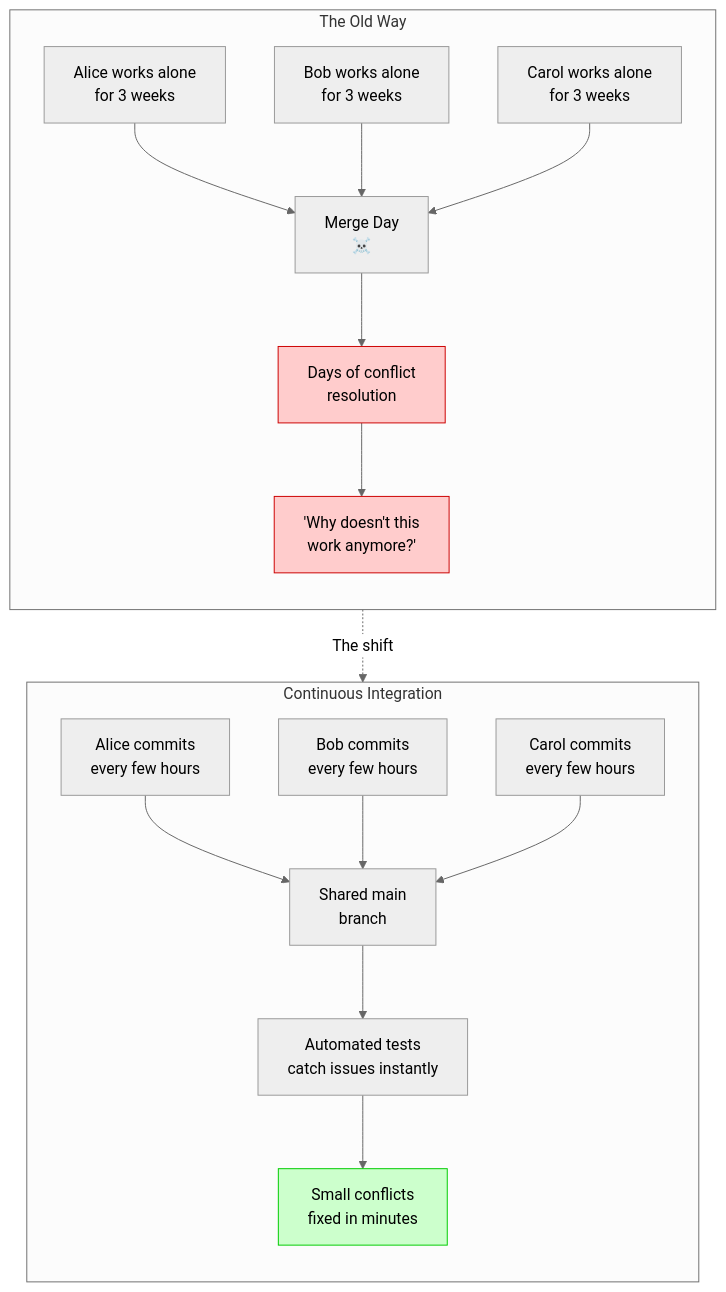
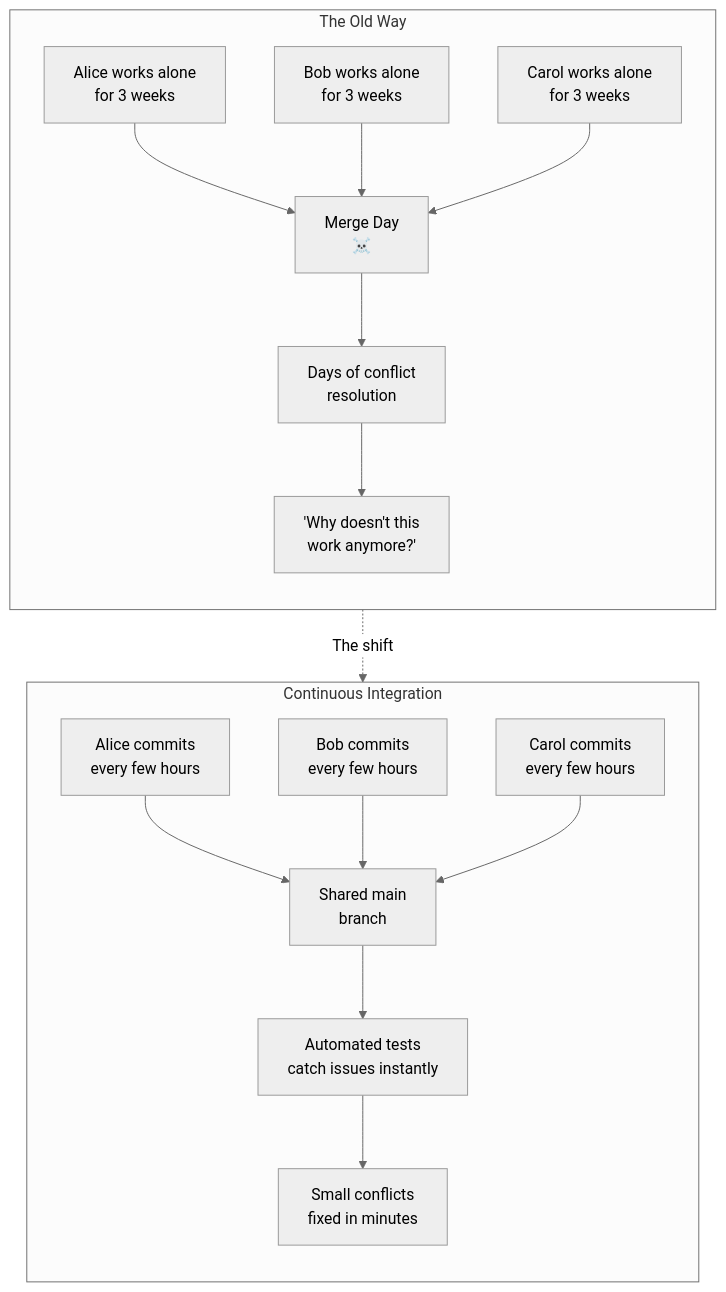
One commit to shivam-g-mishra/blog changed the first of 2 diagrams in docs/cicd/introduction.md. Above: the diagram before and after it, drawn with Mermaid. The commit also changed other lines of this file and 23 other files, not shown here.

First line of the commit message:
fix: improve Mermaid diagram visibility in dark mode

````diff
--- a/docs/cicd/introduction.md
+++ b/docs/cicd/introduction.md
@@ -87,27 +87,23 @@
 ```mermaid
 %%{init: {'theme': 'neutral'}}%%
 flowchart TB
     subgraph before["The Old Way"]
         direction TB
         A1["Alice works alone<br/>for 3 weeks"] --> M1["Merge Day<br/>☠️"]
         B1["Bob works alone<br/>for 3 weeks"] --> M1
         C1["Carol works alone<br/>for 3 weeks"] --> M1
         M1 --> X1["Days of conflict<br/>resolution"]
         X1 --> F1["'Why doesn't this<br/>work anymore?'"]
     end
     
     subgraph after["Continuous Integration"]
         direction TB
         A2["Alice commits<br/>every few hours"] --> M2["Shared main<br/>branch"]
         B2["Bob commits<br/>every few hours"] --> M2
         C2["Carol commits<br/>every few hours"] --> M2
         M2 --> T2["Automated tests<br/>catch issues instantly"]
         T2 --> G2["Small conflicts<br/>fixed in minutes"]
     end
     
     before -.-> |"The shift"| after
-
-    style X1 fill:#ffcccc,stroke:#cc0000
-    style F1 fill:#ffcccc,stroke:#cc0000
-    style G2 fill:#ccffcc,stroke:#00cc00
 ```
````
